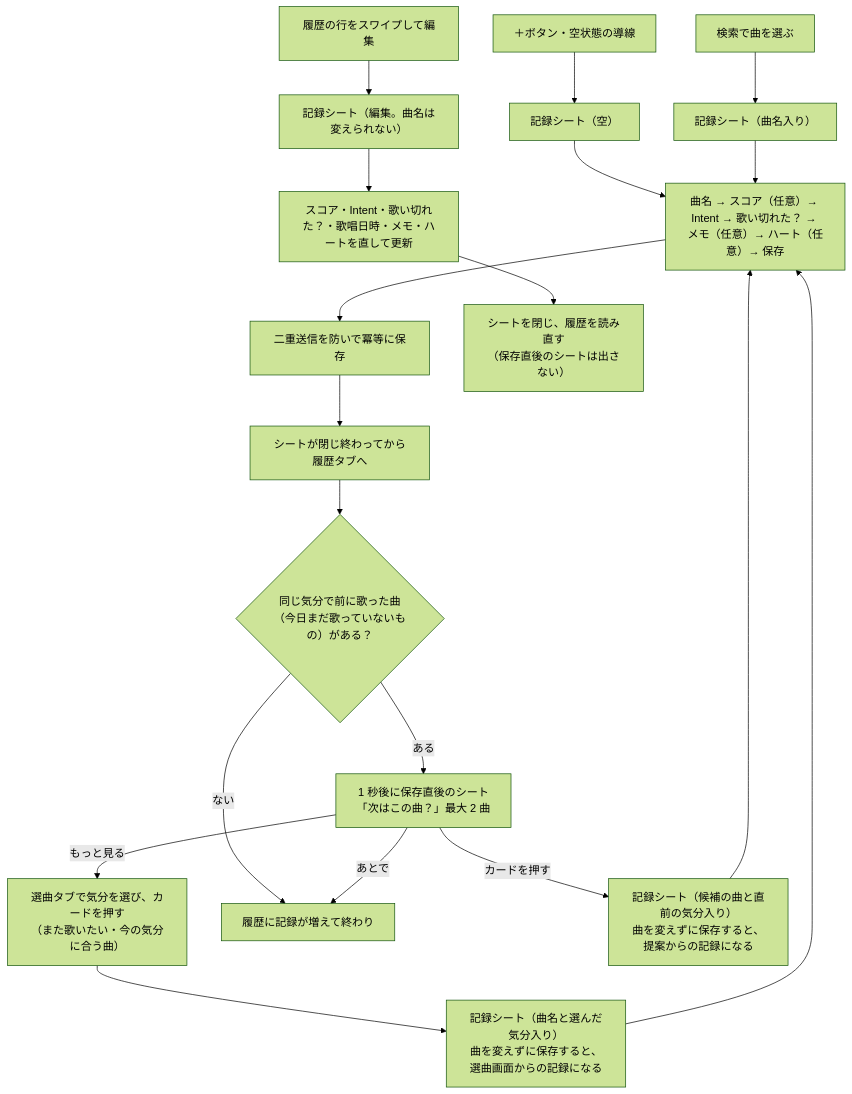
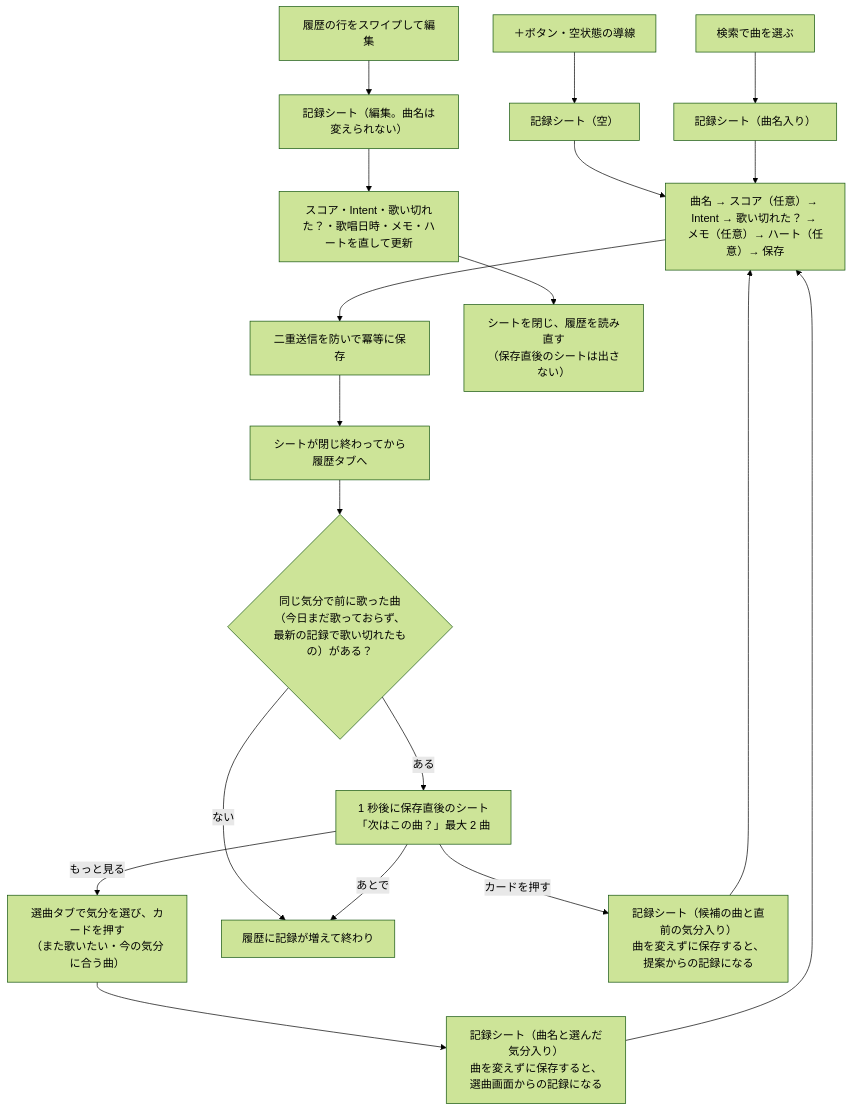
The fourth of 4 diagrams in docs/architecture.md (omomi-moti/Karaoke_support), drawn with Mermaid (forest theme) before and after one commit. The commit also changed 7 other files, not shown here.

````diff
--- a/docs/architecture.md
+++ b/docs/architecture.md
@@ -217,23 +217,23 @@
 ```mermaid
 flowchart TD
     P["＋ボタン・空状態の導線"] --> S1["記録シート（空）"]
     R["検索で曲を選ぶ"] --> S2["記録シート（曲名入り）"]
     SEL["選曲タブで気分を選び、カードを押す<br>（また歌いたい・今の気分に合う曲）"] --> S5["記録シート（曲名と選んだ気分入り）<br>曲を変えずに保存すると、選曲画面からの記録になる"]
     E["履歴の行をスワイプして編集"] --> S3["記録シート（編集。曲名は変えられない）"]
 
     S1 --> IN["曲名 → スコア（任意）→ Intent → 歌い切れた？ → メモ（任意）→ ハート（任意）→ 保存"]
     S2 --> IN
     IN --> SAVE["二重送信を防いで冪等に保存"]
     SAVE --> CLOSE["シートが閉じ終わってから履歴タブへ"]
-    CLOSE --> Q{"同じ気分で前に歌った曲<br>（今日まだ歌っていないもの）がある？"}
+    CLOSE --> Q{"同じ気分で前に歌った曲<br>（今日まだ歌っておらず、最新の記録で歌い切れたもの）がある？"}
     Q -->|ある| AS["1 秒後に保存直後のシート<br>「次はこの曲？」最大 2 曲"]
     Q -->|ない| END["履歴に記録が増えて終わり"]
     AS -->|カードを押す| S4["記録シート（候補の曲と直前の気分入り）<br>曲を変えずに保存すると、提案からの記録になる"]
     AS -->|あとで| END
     AS -->|もっと見る| SEL
     S4 --> IN
     S5 --> IN
 
     S3 --> UP["スコア・Intent・歌い切れた？・歌唱日時・メモ・ハートを直して更新"]
     UP --> CLOSE2["シートを閉じ、履歴を読み直す<br>（保存直後のシートは出さない）"]
 ```
````
